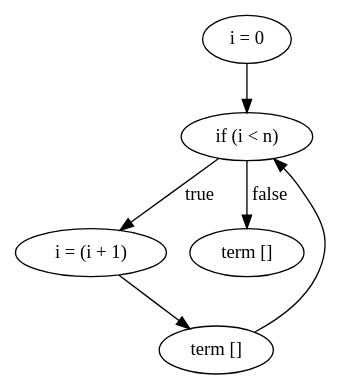
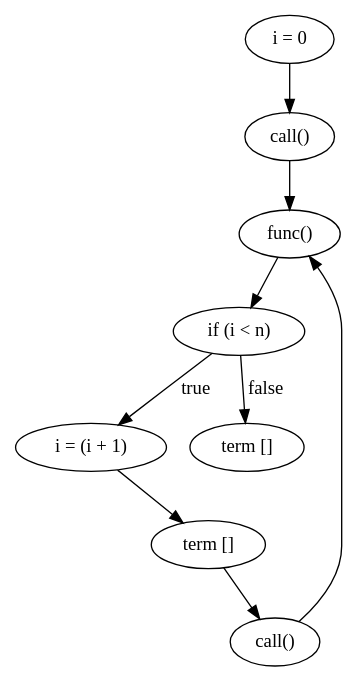
The diagram in make_ssa.dot (WorldofKerry/ToHDL), drawn with Graphviz before and after one commit. The commit also changed 2 other files, not shown here.

```diff
--- a/make_ssa.dot
+++ b/make_ssa.dot
@@ -1,12 +1,18 @@
 digraph {
     0 [ label = "i = 0" ]
     1 [ label = "if (i < n)" ]
     2 [ label = "i = (i + 1)" ]
     3 [ label = "term []" ]
     4 [ label = "term []" ]
-    0 -> 1 [ label = "" ]
+    5 [ label = "func()" ]
+    6 [ label = "call()" ]
+    7 [ label = "call()" ]
+    6 -> 5 [ label = "" ]
     1 -> 2 [ label = "true" ]
     2 -> 3 [ label = "" ]
-    3 -> 1 [ label = "" ]
+    5 -> 1 [ label = "" ]
     1 -> 4 [ label = "false" ]
+    0 -> 6 [ label = "" ]
+    3 -> 7 [ label = "" ]
+    7 -> 5 [ label = "" ]
 }
```
